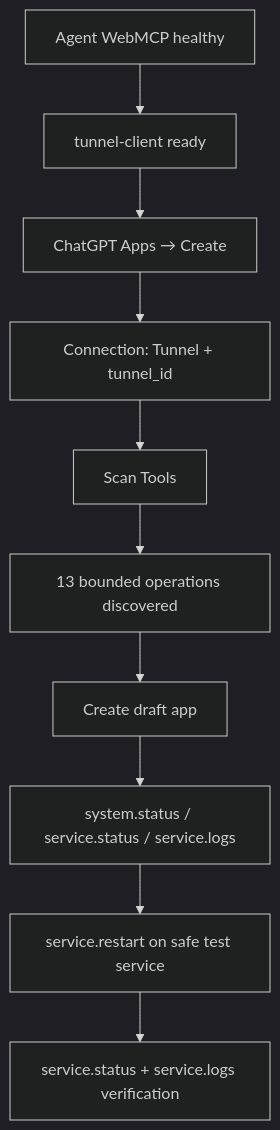
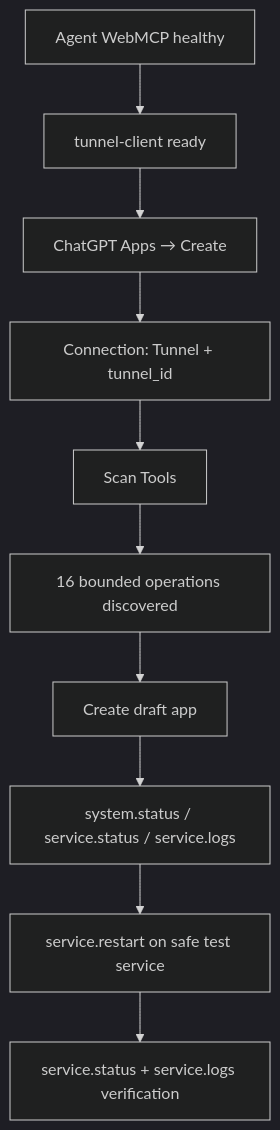
Before and after one commit to tjXJNOOBIE/agent-webmcp: the fifth of 7 diagrams in README.md, drawn with Mermaid (dark theme). The commit also changed other lines of this file and 30 other files, not shown here.

````diff
--- a/README.md
+++ b/README.md
@@ -258,12 +260,12 @@
 ```mermaid
 flowchart TD
     LocalHealth[Agent WebMCP healthy] --> TunnelReady[tunnel-client ready]
     TunnelReady --> CreateApp[ChatGPT Apps → Create]
     CreateApp --> TunnelMode[Connection: Tunnel + tunnel_id]
     TunnelMode --> Scan[Scan Tools]
-    Scan --> ThirteenTools[13 bounded operations discovered]
-    ThirteenTools --> Draft[Create draft app]
+    Scan --> SixteenTools[16 bounded operations discovered]
+    SixteenTools --> Draft[Create draft app]
     Draft --> ReadTest[system.status / service.status / service.logs]
     ReadTest --> WriteTest[service.restart on safe test service]
     WriteTest --> Verify[service.status + service.logs verification]
 ```
````
